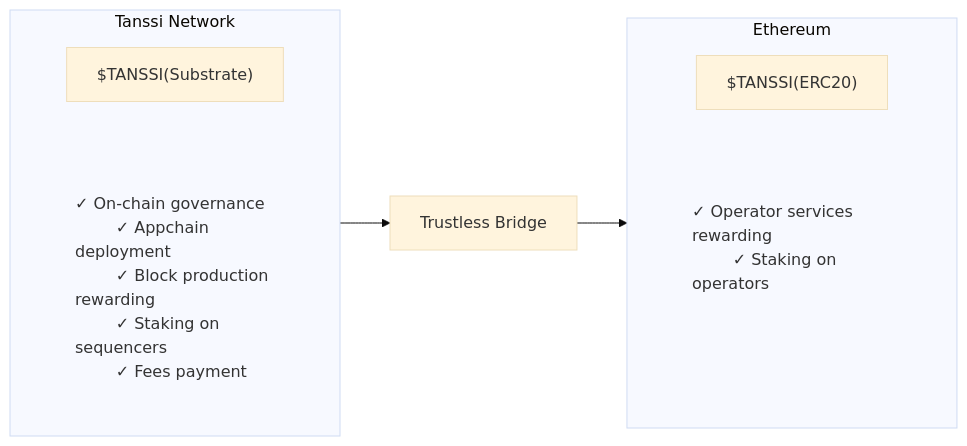
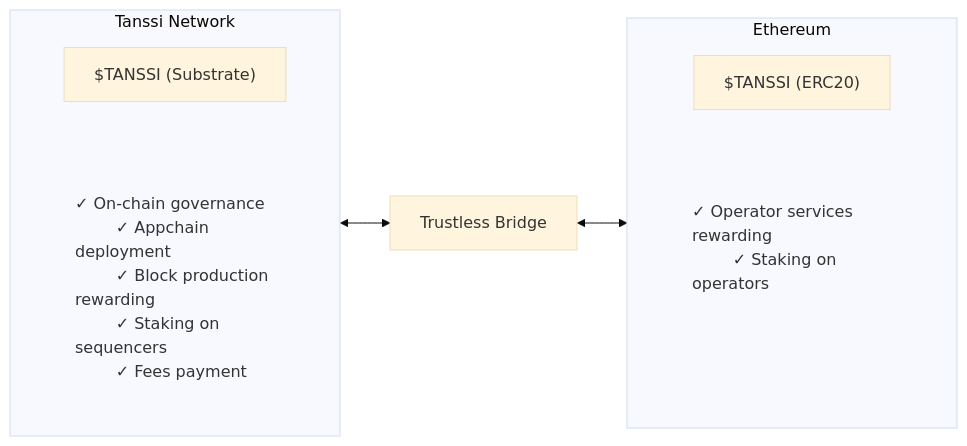
Before and after one commit to moondance-labs/tanssi-docs: the diagram in builders/tanssi-network/tanssi-token.md, drawn with Mermaid (base theme).

Commit message:
Apply suggestions from code review

````diff
--- a/builders/tanssi-network/tanssi-token.md
+++ b/builders/tanssi-network/tanssi-token.md
@@ -42,33 +42,33 @@
 ```mermaid
 flowchart LR
     subgraph Tanssi_Network ["Tanssi Network"]
-        Tanssi_Substrate["$TANSSI(Substrate)"]
+        Tanssi_Substrate["$TANSSI (Substrate)"]
         Tanssi_Substrate_Utility["✓ On-chain governance
         ✓ Appchain deployment
         ✓ Block production rewarding
         ✓ Staking on sequencers
         ✓ Fees payment
         "]
         Tanssi_Substrate --> Tanssi_Substrate_Utility
     end
 
     subgraph Ethereum_Network ["Ethereum"]
-        Tanssi_ERC20["$TANSSI(ERC20)"]
+        Tanssi_ERC20["$TANSSI (ERC20)"]
         Tanssi_ERC20_Utility["✓ Operator services rewarding
         ✓ Staking on operators
         <pre> </pre>
         "]
         Tanssi_ERC20 --> Tanssi_ERC20_Utility
     end
 
     Bridge["Trustless Bridge"]
 
-    Tanssi_Network --> Bridge --> Ethereum_Network
+    Tanssi_Network <--> Bridge <--> Ethereum_Network
 
     %% Apply custom style to utility nodes
     classDef utility_style fill: transparent, stroke: transparent, text-align: start;
     class Tanssi_Substrate_Utility,Tanssi_ERC20_Utility utility_style;
     %% Make utility arrows transparent
     linkStyle 0 stroke:transparent,fill:transparent;
     linkStyle 1 stroke:transparent,fill:transparent;
 ```
````
